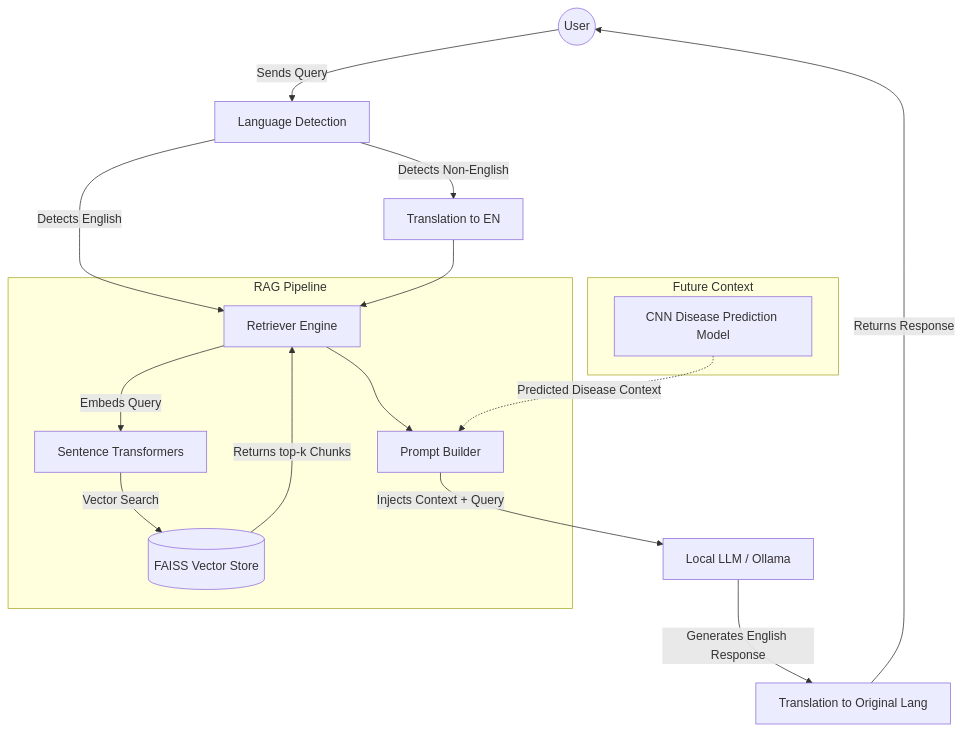
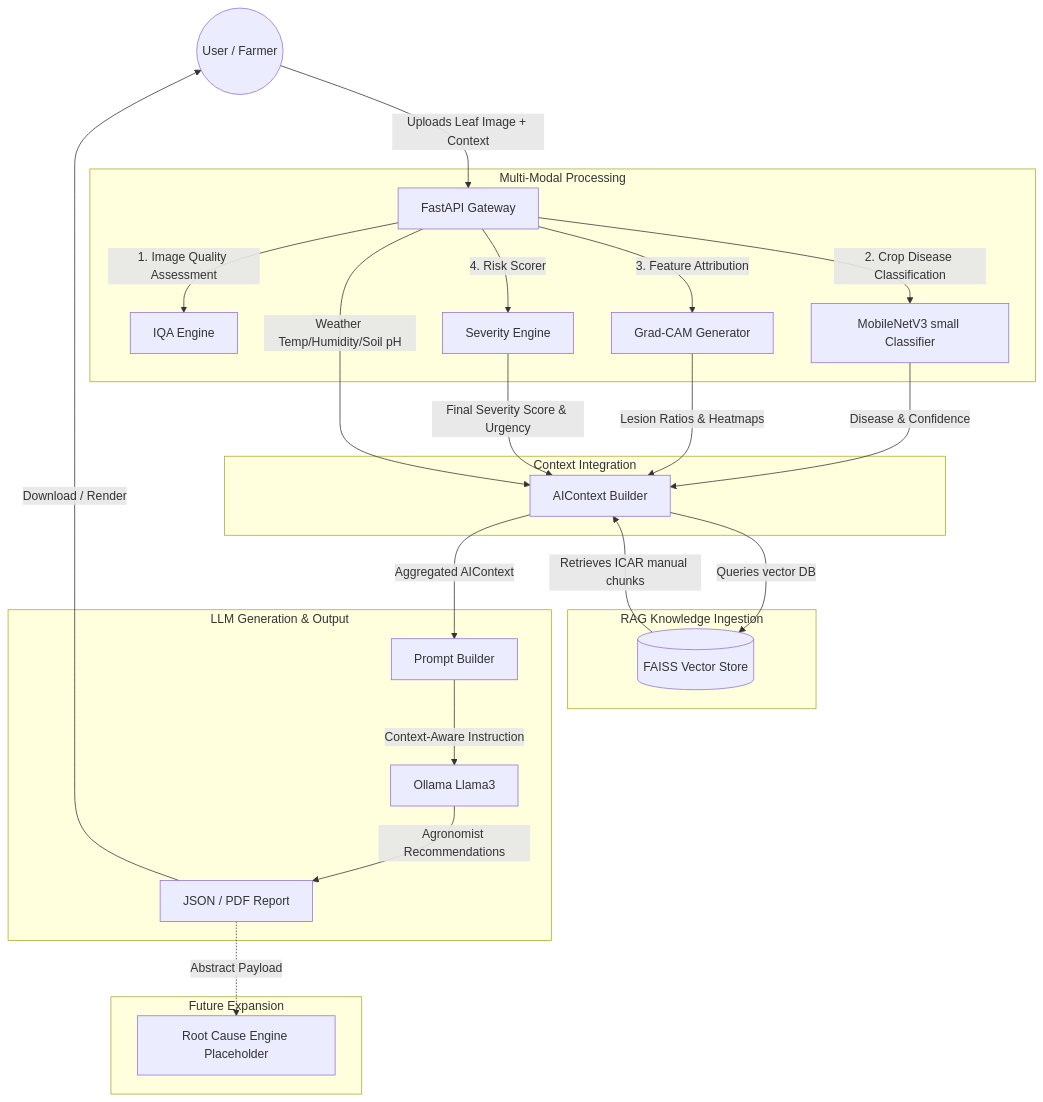
The diagram in docs/ARCHITECTURE.md (abhiram5856/av), drawn with Mermaid before and after one commit. The commit also changed other lines of this file and 349 other files, not shown here.

````diff
--- a/docs/ARCHITECTURE.md
+++ b/docs/ARCHITECTURE.md
@@ -8,30 +11,41 @@
 ```mermaid
 flowchart TD
-    %% User Input
-    User((User)) -->|Sends Query| LangDetect[Language Detection]
+    %% User Input & Image Ingestion
+    User((User / Farmer)) -->|Uploads Leaf Image + Context| API[FastAPI Gateway]
     
-    %% Multilingual Pre-processing
-    LangDetect -->|Detects Non-English| PreTranslate[Translation to EN]
-    LangDetect -->|Detects English| Retriever
-    PreTranslate --> Retriever
-    
-    %% Retrieval Pipeline
-    subgraph RAG Pipeline
-        Retriever[Retriever Engine] -->|Embeds Query| EmbeddingModel[Sentence Transformers]
-        EmbeddingModel -->|Vector Search| FAISS[(FAISS Vector Store)]
-        FAISS -->|Returns top-k Chunks| Retriever
-        Retriever --> PromptBuilder[Prompt Builder]
+    %% API router layers
+    subgraph Multi-Modal Processing
+        API -->|1. Image Quality Assessment| IQA[IQA Engine]
+        API -->|2. Crop Disease Classification| CNN[MobileNetV3 small Classifier]
+        API -->|3. Feature Attribution| CAM[Grad-CAM Generator]
+        API -->|4. Risk Scorer| Severity[Severity Engine]
     end
     
-    %% Context Enhancement (Future)
-    subgraph Future Context
-        CNN[CNN Disease Prediction Model] -.->|Predicted Disease Context| PromptBuilder
+    %% AIContext composition
+    subgraph Context Integration
+        CNN -->|Disease & Confidence| Builder[AIContext Builder]
+        CAM -->|Lesion Ratios & Heatmaps| Builder
+        Severity -->|Final Severity Score & Urgency| Builder
+        API -->|Weather Temp/Humidity/Soil pH| Builder
     end
     
-    %% Generation
-    PromptBuilder -->|Injects Context + Query| LocalLLM[Local LLM / Ollama]
-    LocalLLM -->|Generates English Response| PostTranslate[Translation to Original Lang]
+    %% RAG Retrieval
+    subgraph RAG Knowledge Ingestion
+        Builder -->|Queries vector DB| VectorDB[(FAISS Vector Store)]
+        VectorDB -->|Retrieves ICAR manual chunks| Builder
+    end
     
-    %% Output
-    PostTranslate -->|Returns Response| User
+    %% LLM Response Compile
+    subgraph LLM Generation & Output
+        Builder -->|Aggregated AIContext| Prompt[Prompt Builder]
+        Prompt -->|Context-Aware Instruction| LLM[Ollama Llama3]
+        LLM -->|Agronomist Recommendations| Output[JSON / PDF Report]
+    end
+    
+    %% Root Cause Placeholder
+    subgraph Future Expansion
+        Output -.->|Abstract Payload| RootCause[Root Cause Engine Placeholder]
+    end
+    
+    Output -->|Download / Render| User
 ```
````
